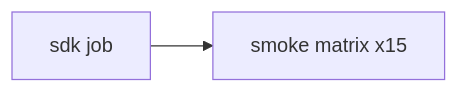
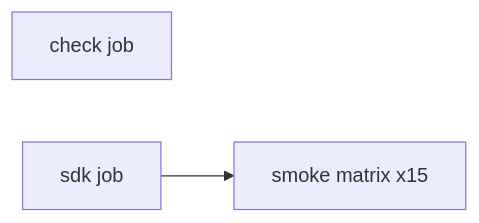
The diagram in docs/ci.md (julerex/lerux), drawn with Mermaid before and after one commit. The commit also changed other lines of this file and 75 other files, not shown here.

````diff
--- a/docs/ci.md
+++ b/docs/ci.md
@@ -10,6 +11,7 @@
 ```mermaid
 flowchart LR
+  check[check job]
   sdk[sdk job]
   smoke[smoke matrix x15]
   sdk --> smoke
 ```
````
